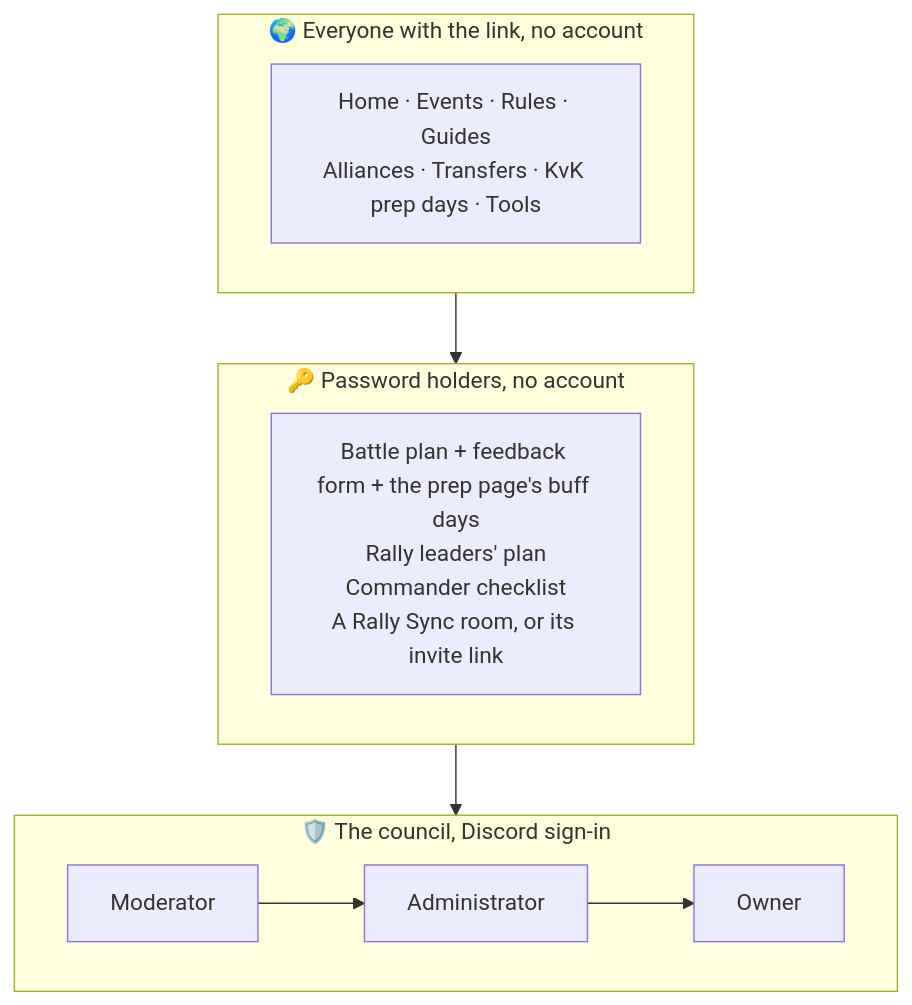
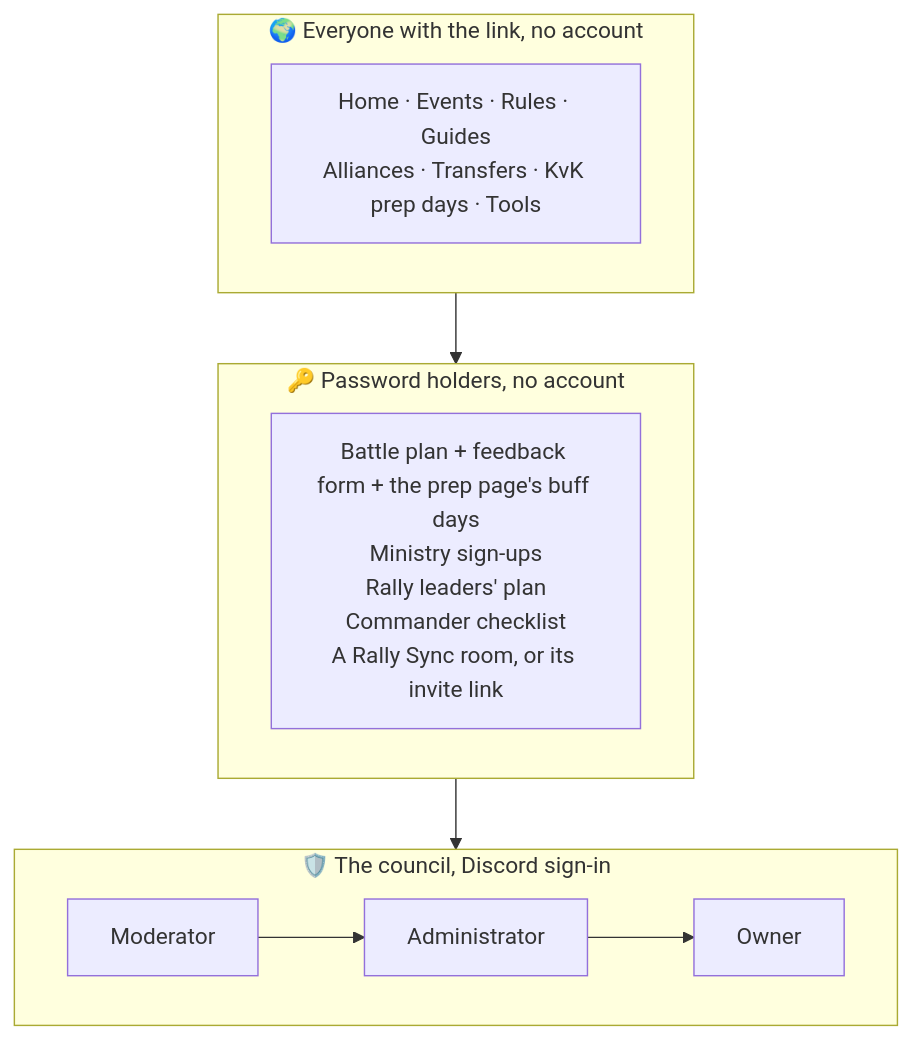
The diagram in guide/src/content/docs/big-picture/who-uses-it.mdx (rajdeepiitkgp/kingdom-1241), drawn with Mermaid before and after one commit. The commit also changed other lines of this file and 49 other files, not shown here.

First line of the commit message:
feat(ministry): players sign up for the king's buff days, moderators see each day ranked

````diff
--- a/guide/src/content/docs/big-picture/who-uses-it.mdx
+++ b/guide/src/content/docs/big-picture/who-uses-it.mdx
@@ -20,14 +20,14 @@
 ```mermaid
 flowchart TB
   subgraph L1["🌍 Everyone with the link, no account"]
     pub["Home · Events · Rules · Guides<br/>Alliances · Transfers · KvK prep days · Tools"]
   end
   subgraph L2["🔑 Password holders, no account"]
-    pw["Battle plan + feedback form + the prep page's buff days<br/>Rally leaders' plan<br/>Commander checklist<br/>A Rally Sync room, or its invite link"]
+    pw["Battle plan + feedback form + the prep page's buff days<br/>Ministry sign-ups<br/>Rally leaders' plan<br/>Commander checklist<br/>A Rally Sync room, or its invite link"]
   end
   subgraph L3["🛡️ The council, Discord sign-in"]
     direction LR
     mod["Moderator"] --> adm["Administrator"] --> own["Owner"]
   end
   L1 --> L2 --> L3
 ```
````
